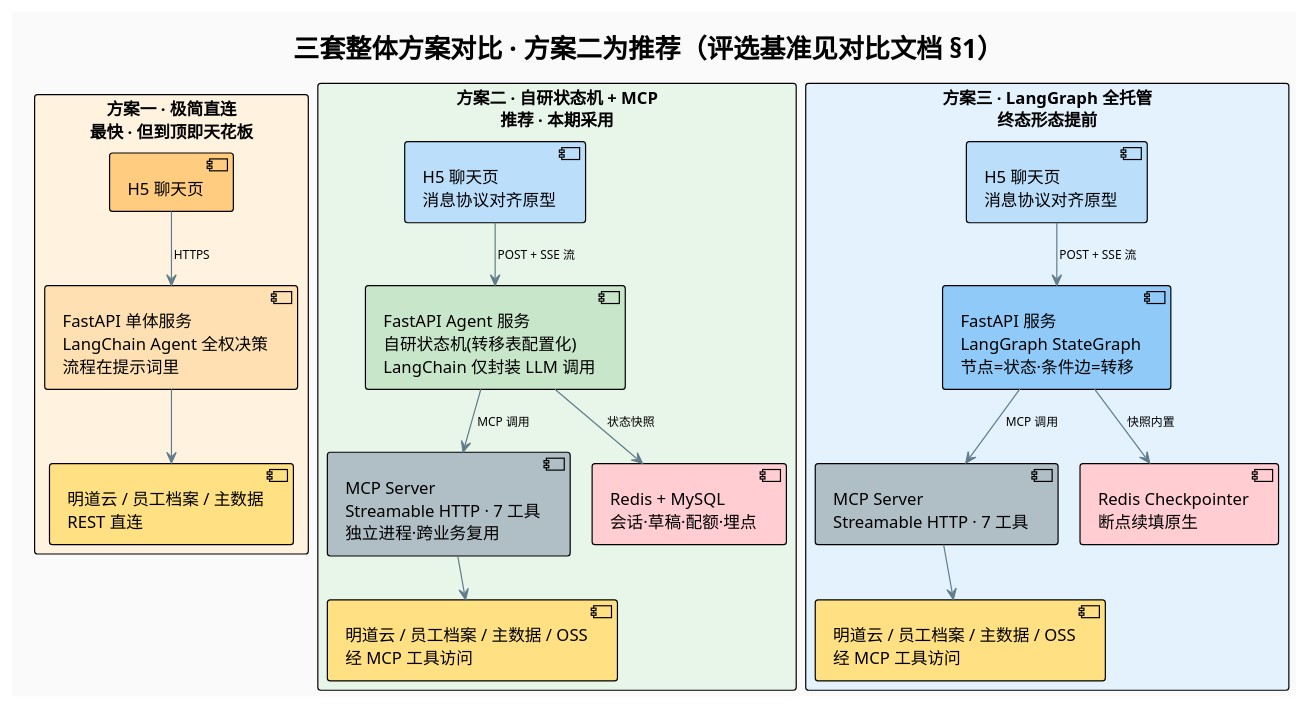
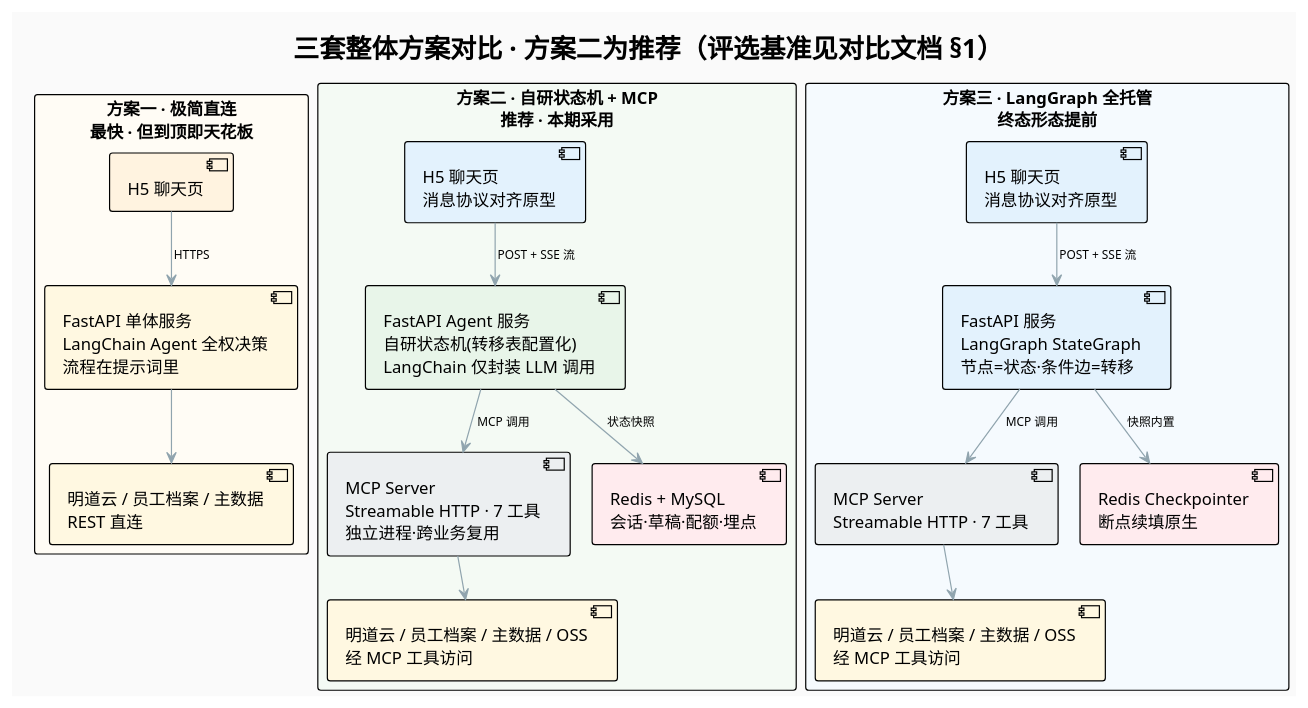
The diagram in src/main/hotmaxx/需求点/输入优化/diagrams/04-三套整体方案架构对比.puml (bai876939716/my_doc), drawn with PlantUML before and after one commit. The commit also changed 12 other files, not shown here.

```diff
--- a/src/main/hotmaxx/需求点/输入优化/diagrams/04-三套整体方案架构对比.puml
+++ b/src/main/hotmaxx/需求点/输入优化/diagrams/04-三套整体方案架构对比.puml
@@ -1,45 +1,45 @@
 @startuml 技术选型-三套整体方案对比
 !pragma layout smetana
 !theme plain
 skinparam backgroundColor #FAFAFA
 skinparam defaultFontName "PingFang SC,Microsoft YaHei,Arial"
 skinparam packageStyle rectangle
 skinparam shadowing false
-skinparam ArrowColor #607D8B
+skinparam ArrowColor #90A4AE
 skinparam ArrowFontSize 10
 
 title 三套整体方案对比 · 方案二为推荐（评选基准见对比文档 §1）
 
-rectangle "方案一 · 极简直连\n最快 · 但到顶即天花板" #FFF3E0 {
-  component "H5 聊天页" as A1 #FFCC80
-  component "FastAPI 单体服务\nLangChain Agent 全权决策\n流程在提示词里" as A2 #FFE0B2
-  component "明道云 / 员工档案 / 主数据\nREST 直连" as A3 #FFE082
+rectangle "方案一 · 极简直连\n最快 · 但到顶即天花板" #FFFCF5 {
+  component "H5 聊天页" as A1 #FFF3E0
+  component "FastAPI 单体服务\nLangChain Agent 全权决策\n流程在提示词里" as A2 #FFF8E1
+  component "明道云 / 员工档案 / 主数据\nREST 直连" as A3 #FFF8E1
   A1 -down-> A2 : HTTPS
   A2 -down-> A3
 }
 
-rectangle "方案二 · 自研状态机 + MCP\n推荐 · 本期采用" #E8F5E9 {
-  component "H5 聊天页\n消息协议对齐原型" as B1 #BBDEFB
-  component "FastAPI Agent 服务\n自研状态机(转移表配置化)\nLangChain 仅封装 LLM 调用" as B2 #C8E6C9
-  component "MCP Server\nStreamable HTTP · 7 工具\n独立进程·跨业务复用" as B3 #B0BEC5
-  component "Redis + MySQL\n会话·草稿·配额·埋点" as B4 #FFCDD2
-  component "明道云 / 员工档案 / 主数据 / OSS\n经 MCP 工具访问" as B5 #FFE082
+rectangle "方案二 · 自研状态机 + MCP\n推荐 · 本期采用" #F4FAF4 {
+  component "H5 聊天页\n消息协议对齐原型" as B1 #E3F2FD
+  component "FastAPI Agent 服务\n自研状态机(转移表配置化)\nLangChain 仅封装 LLM 调用" as B2 #E8F5E9
+  component "MCP Server\nStreamable HTTP · 7 工具\n独立进程·跨业务复用" as B3 #ECEFF1
+  component "Redis + MySQL\n会话·草稿·配额·埋点" as B4 #FFEBEE
+  component "明道云 / 员工档案 / 主数据 / OSS\n经 MCP 工具访问" as B5 #FFF8E1
   B1 -down-> B2 : POST + SSE 流
   B2 -down-> B3 : MCP 调用
   B2 -down-> B4 : 状态快照
   B3 -down-> B5
 }
 
-rectangle "方案三 · LangGraph 全托管\n终态形态提前" #E3F2FD {
-  component "H5 聊天页\n消息协议对齐原型" as C1 #BBDEFB
-  component "FastAPI 服务\nLangGraph StateGraph\n节点=状态·条件边=转移" as C2 #90CAF9
-  component "MCP Server\nStreamable HTTP · 7 工具" as C3 #B0BEC5
-  component "Redis Checkpointer\n断点续填原生" as C4 #FFCDD2
-  component "明道云 / 员工档案 / 主数据 / OSS\n经 MCP 工具访问" as C5 #FFE082
+rectangle "方案三 · LangGraph 全托管\n终态形态提前" #F5FAFE {
+  component "H5 聊天页\n消息协议对齐原型" as C1 #E3F2FD
+  component "FastAPI 服务\nLangGraph StateGraph\n节点=状态·条件边=转移" as C2 #E3F2FD
+  component "MCP Server\nStreamable HTTP · 7 工具" as C3 #ECEFF1
+  component "Redis Checkpointer\n断点续填原生" as C4 #FFEBEE
+  component "明道云 / 员工档案 / 主数据 / OSS\n经 MCP 工具访问" as C5 #FFF8E1
   C1 -down-> C2 : POST + SSE 流
   C2 -down-> C3 : MCP 调用
   C2 -down-> C4 : 快照内置
   C3 -down-> C5
 }
 
 @enduml
```
